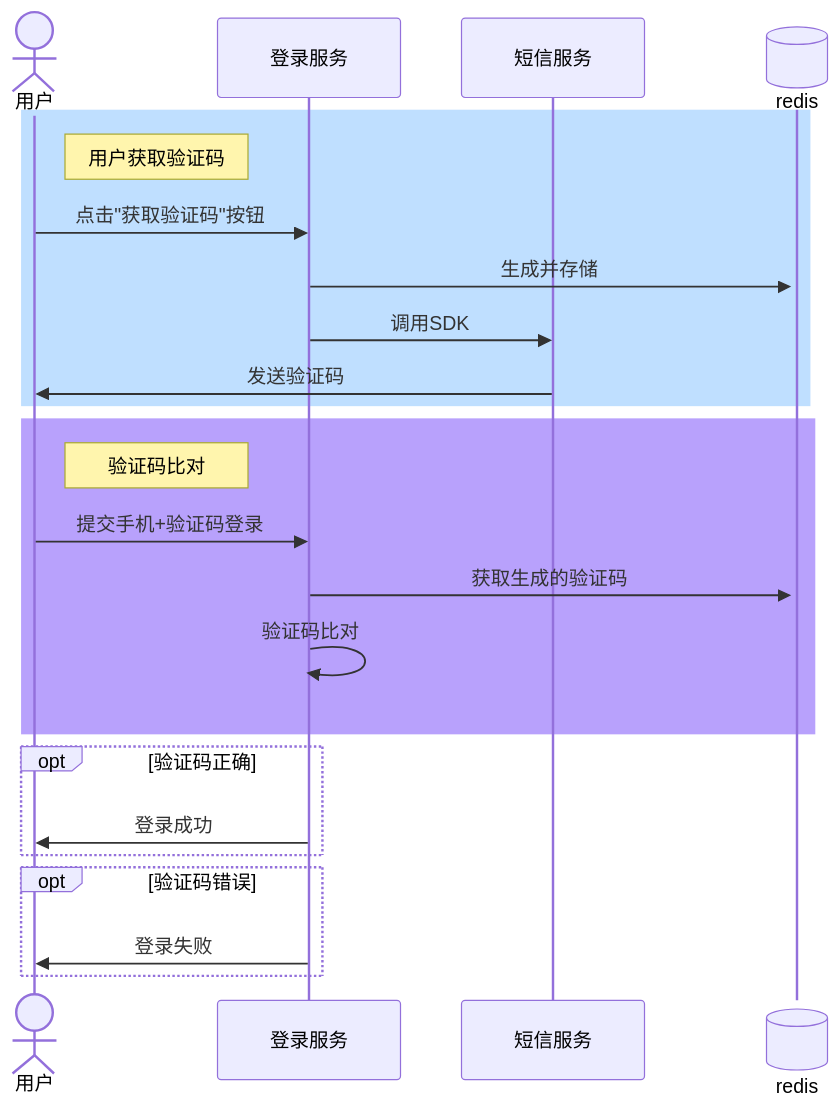
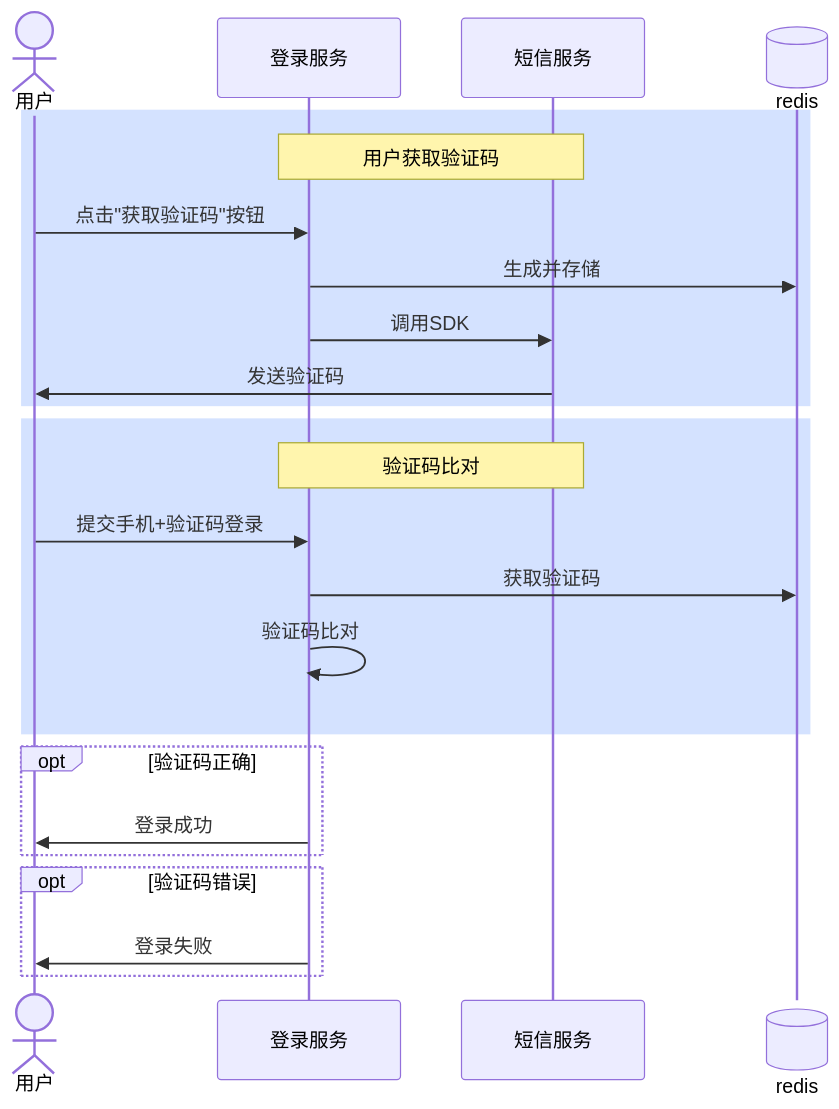
One commit to game1024/www changed the sixth of 8 diagrams in src/content/posts/mermaid文本绘图/index.mdx. Above: the diagram before and after it, drawn with Mermaid.

Commit message:
fix example for post 'mermaid文本绘图'

````diff
--- a/src/content/posts/mermaid文本绘图/index.mdx
+++ b/src/content/posts/mermaid文本绘图/index.mdx
@@ -95,29 +95,31 @@
 ```mermaid
 sequenceDiagram
     actor user as 用户
     participant server as 登录服务
     participant sms as 短信服务
     participant redis@{ "type": "database" }
 
-    rect rgb(191, 223, 255)
-        note right of user:用户获取验证码
+    rect rgba(114, 160, 253, 0.3)
+        note over server,sms :用户获取验证码
         user ->> server: 点击"获取验证码"按钮
-        server ->>+ redis: 生成并存储
+        server ->> redis: 生成并存储
         server ->> sms: 调用SDK
         sms ->> user: 发送验证码
     end
-
-    rect rgb(184, 161, 252)
-        note right of user: 验证码比对
+    
+    rect rgba(114, 160, 253, 0.3)
+        note over server,sms: 验证码比对
         user ->> server: 提交手机+验证码登录
-        server ->> redis: 获取生成的验证码
+        server ->> redis: 获取验证码
         server ->> server: 验证码比对
     end
 
     opt 验证码正确
         server ->> user: 登录成功
     end
     opt 验证码错误
         server ->> user: 登录失败
     end
+
+
 ```
````
